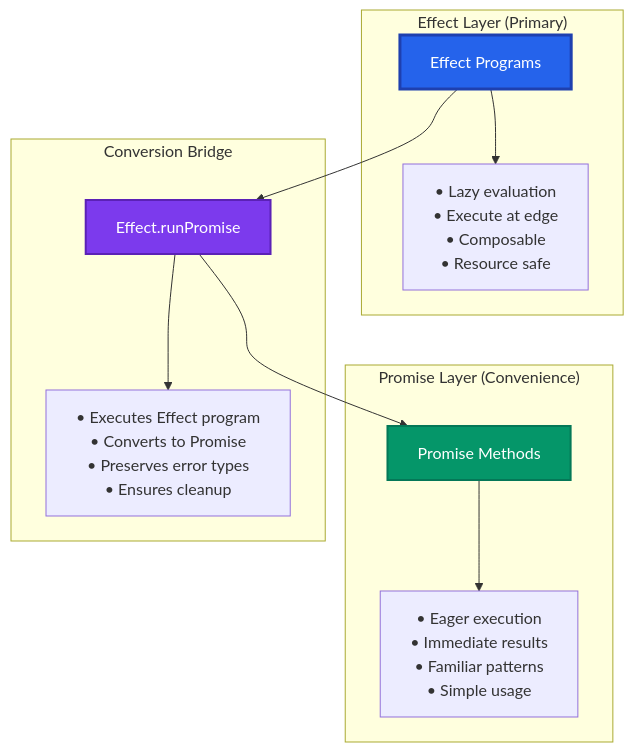
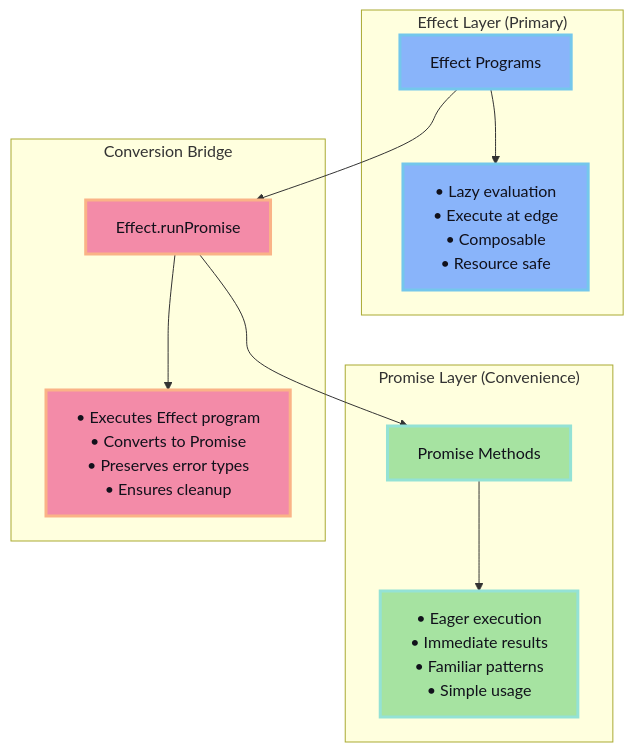
Before and after one commit to IntersectMBO/evolution-sdk: the first of 2 diagrams in .specs/effect-promise-architecture.md, drawn with Mermaid. The commit also changed other lines of this file and 3 other files, not shown here.

````diff
--- a/.specs/effect-promise-architecture.md
+++ b/.specs/effect-promise-architecture.md
@@ -123,23 +19,28 @@
 ```mermaid
 graph TB
     subgraph "Effect Layer (Primary)"
         E1[Effect Programs]
         E2["• Lazy evaluation<br/>• Execute at edge<br/>• Composable<br/>• Resource safe"]
     end
     subgraph "Promise Layer (Convenience)"
         P1[Promise Methods]
         P2["• Eager execution<br/>• Immediate results<br/>• Familiar patterns<br/>• Simple usage"]
     end
     subgraph "Conversion Bridge"
         Bridge[Effect.runPromise]
         Bridge2["• Executes Effect program<br/>• Converts to Promise<br/>• Preserves error types<br/>• Ensures cleanup"]
     end
     E1 --> Bridge
     Bridge --> P1
     E1 --> E2
     P1 --> P2
     Bridge --> Bridge2
-    style E1 fill:#2563eb,stroke:#1e40af,stroke-width:3px,color:#ffffff
-    style P1 fill:#059669,stroke:#047857,stroke-width:2px,color:#ffffff
-    style Bridge fill:#7c3aed,stroke:#5b21b6,stroke-width:2px,color:#ffffff
+    
+    classDef effect fill:#89b4fa,stroke:#74c7ec,stroke-width:3px,color:#11111b
+    classDef promise fill:#a6e3a1,stroke:#94e2d5,stroke-width:3px,color:#11111b
+    classDef bridge fill:#f38ba8,stroke:#fab387,stroke-width:3px,color:#11111b
+    
+    class E1,E2 effect
+    class P1,P2 promise
+    class Bridge,Bridge2 bridge
 ```
````
